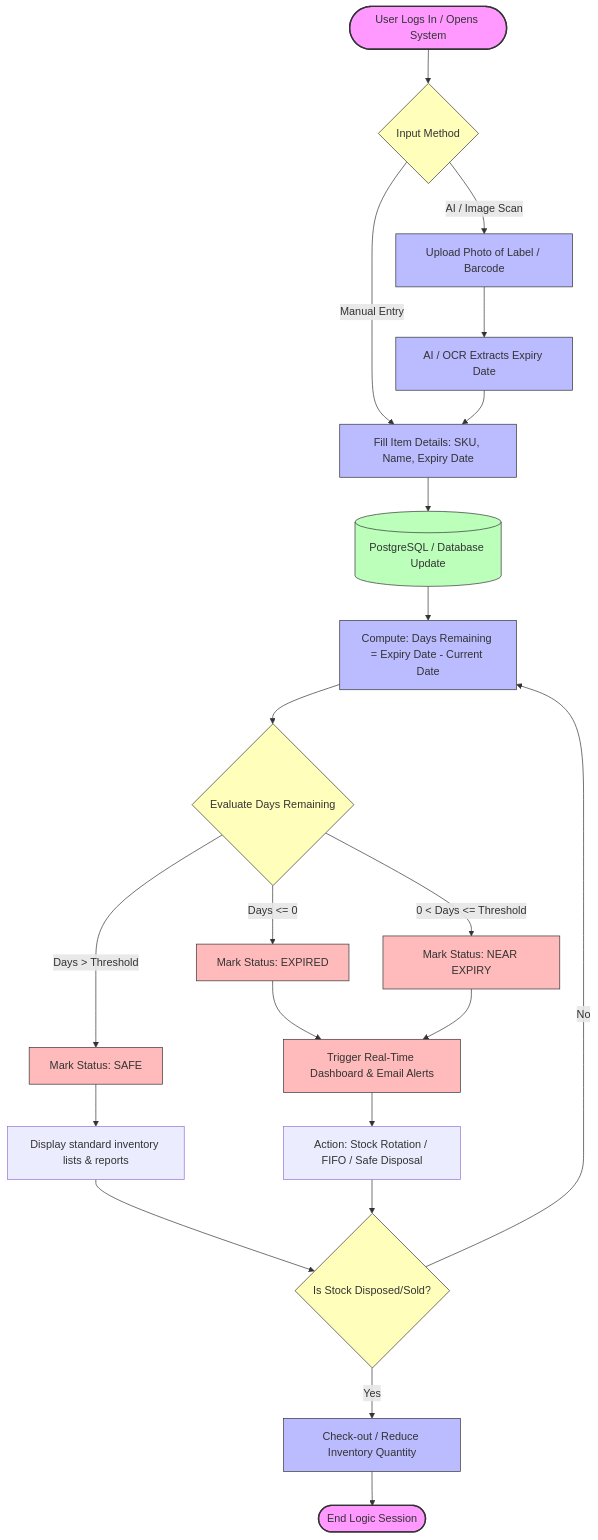
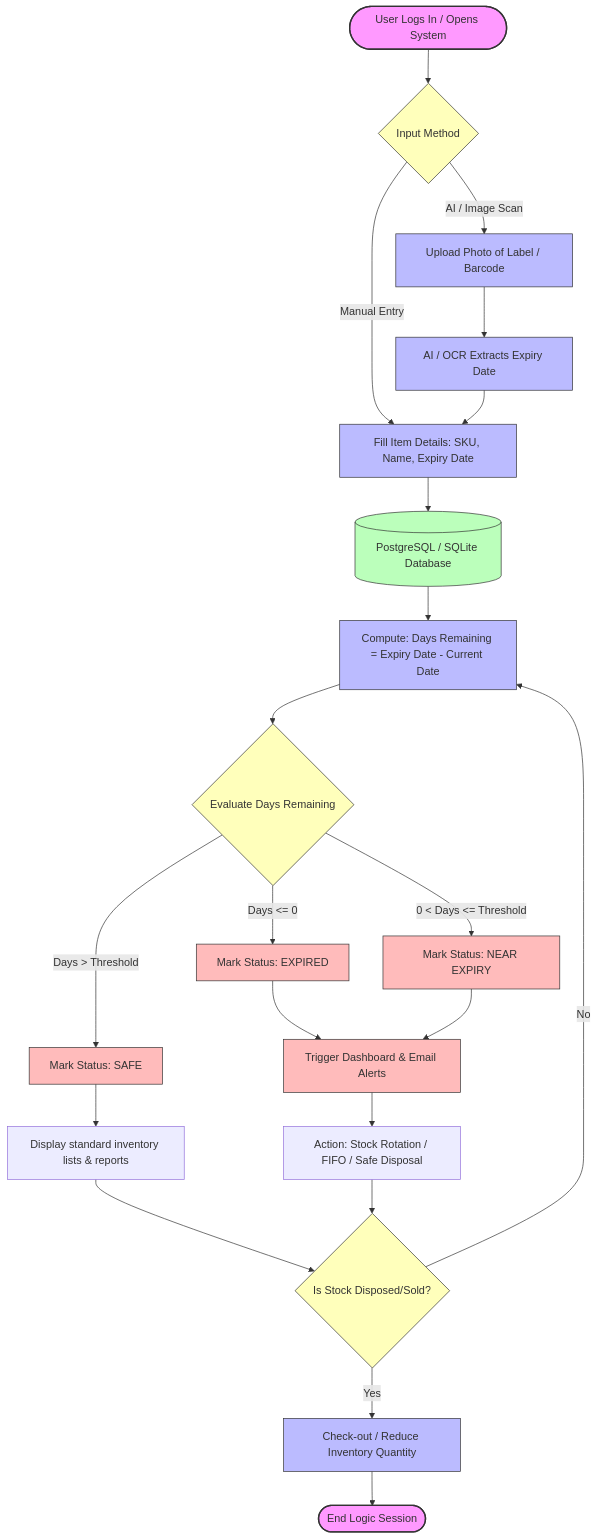
Before and after one commit to akshaykaygude/Product-Expiry-Tracking-System: the diagram in README.md, drawn with Mermaid. The commit also changed other lines of this file, not shown here.

Commit message:
docs: update README with current capabilities, real-world edge cases, and roadmap

````diff
--- a/README.md
+++ b/README.md
@@ -11,35 +19,35 @@
 ```mermaid
 graph TD
     classDef startEnd fill:#f9f,stroke:#333,stroke-width:2px;
     classDef process fill:#bbf,stroke:#333,stroke-width:1px;
     classDef decision fill:#ffb,stroke:#333,stroke-width:1px;
     classDef storage fill:#bfb,stroke:#333,stroke-width:1px;
     classDef alert fill:#fbb,stroke:#333,stroke-width:1px;
 
     Start([User Logs In / Opens System]) --> Mode{Input Method}
     Mode -->|Manual Entry| Form[Fill Item Details: SKU, Name, Expiry Date]
     Mode -->|AI / Image Scan| OCR[Upload Photo of Label / Barcode]
     OCR --> Gemini[AI / OCR Extracts Expiry Date]
     Gemini --> Form
-    Form --> DB[(PostgreSQL / Database Update)]
+    Form --> DB[(PostgreSQL / SQLite Database)]
     DB --> Calc[Compute: Days Remaining = Expiry Date - Current Date]
     Calc --> StatusCheck{Evaluate Days Remaining}
     StatusCheck -->|Days <= 0| Expired[Mark Status: EXPIRED]
     StatusCheck -->|0 < Days <= Threshold| Near[Mark Status: NEAR EXPIRY]
     StatusCheck -->|Days > Threshold| Safe[Mark Status: SAFE]
-    Expired --> AlertTrigger[Trigger Real-Time Dashboard & Email Alerts]
+    Expired --> AlertTrigger[Trigger Dashboard & Email Alerts]
     Near --> AlertTrigger
     Safe --> Dash[Display standard inventory lists & reports]
     AlertTrigger --> Action[Action: Stock Rotation / FIFO / Safe Disposal]
     Dash --> UpdateOut{Is Stock Disposed/Sold?}
     Action --> UpdateOut
     UpdateOut -->|Yes| CheckOut[Check-out / Reduce Inventory Quantity]
     UpdateOut -->|No| Calc
     CheckOut --> End([End Logic Session])
 
     class Start,End startEnd;
     class Form,OCR,Gemini,Calc,CheckOut process;
     class Mode,StatusCheck,UpdateOut decision;
     class DB storage;
     class Expired,Near,Safe,AlertTrigger alert;
 ```
````
